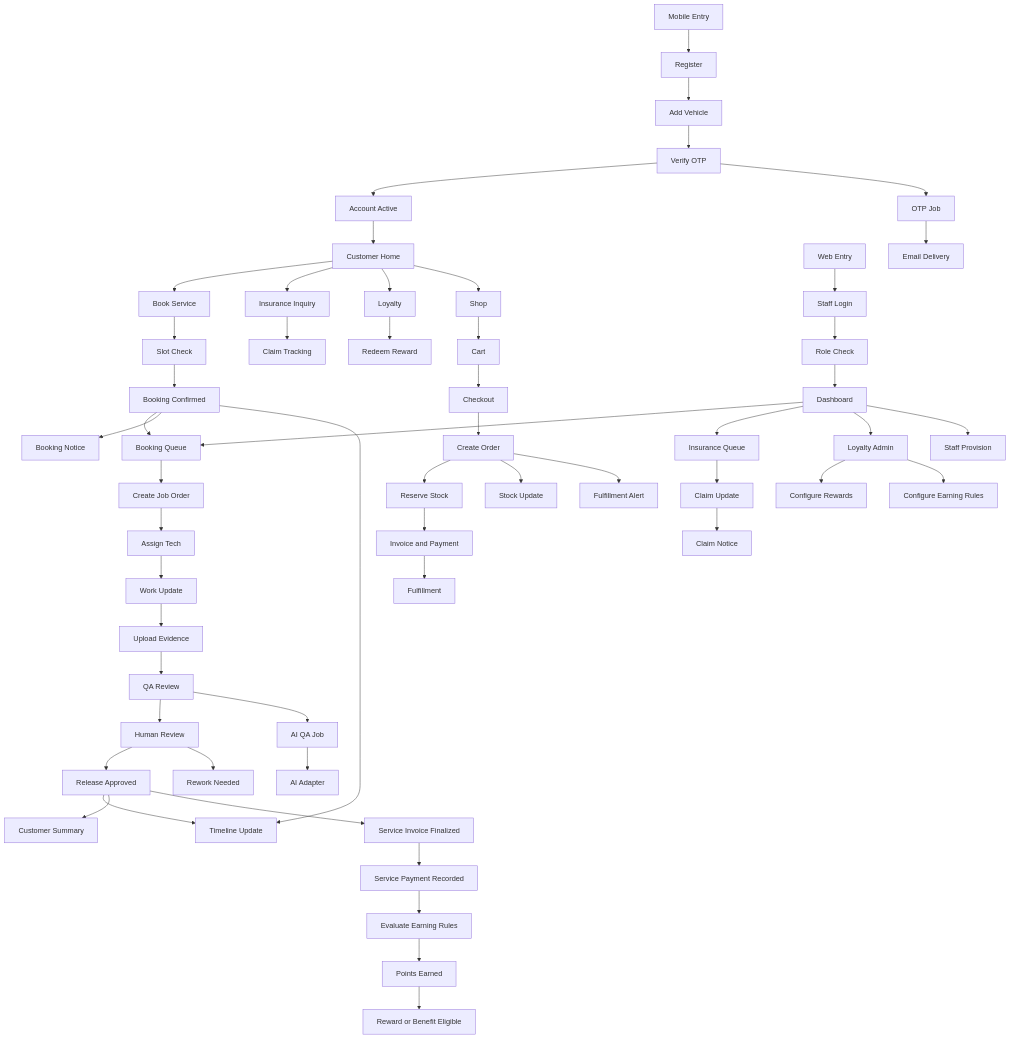
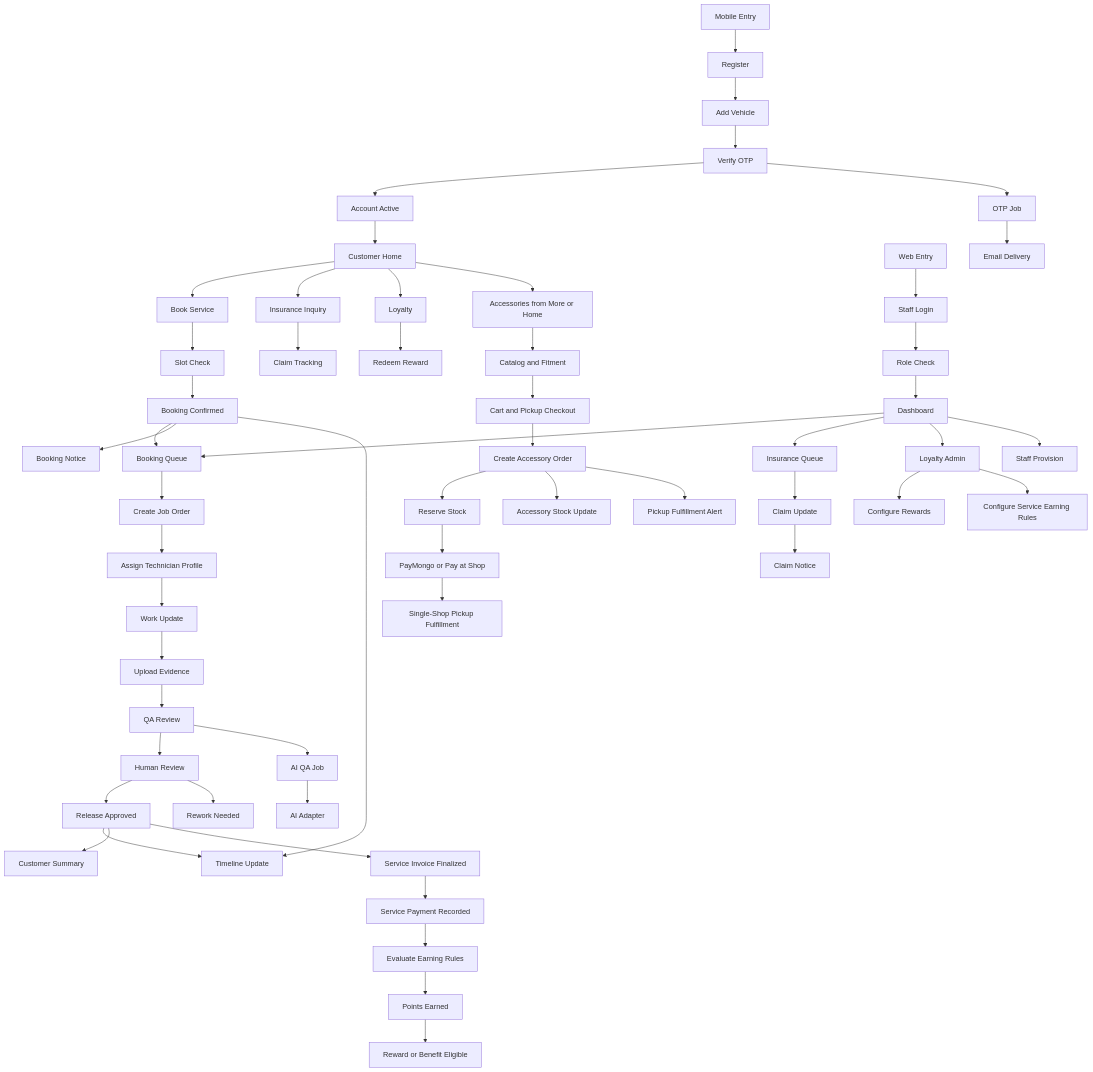
The first of 3 diagrams in docs/team-flow-combined-mermaid.md (Khaggo/codewave), drawn with Mermaid before and after one commit. The commit also changed other lines of this file and 149 other files, not shown here.

````diff
--- a/docs/team-flow-combined-mermaid.md
+++ b/docs/team-flow-combined-mermaid.md
@@ -8,68 +8,68 @@
 ```mermaid
 flowchart TD
   C1[Mobile Entry] --> C2[Register]
   C2 --> C3[Add Vehicle]
   C3 --> C4[Verify OTP]
   C4 --> C5[Account Active]
   C5 --> C6[Customer Home]
 
   C6 --> C7[Book Service]
   C7 --> C8[Slot Check]
   C8 --> C9[Booking Confirmed]
 
   C6 --> C10[Insurance Inquiry]
   C10 --> C11[Claim Tracking]
 
   C6 --> C12[Loyalty]
   C12 --> C13[Redeem Reward]
 
-  C6 --> C14[Shop]
-  C14 --> C15[Cart]
-  C15 --> C16[Checkout]
-  C16 --> E1[Create Order]
+  C6 --> C14[Accessories from More or Home]
+  C14 --> C15[Catalog and Fitment]
+  C15 --> C16[Cart and Pickup Checkout]
+  C16 --> E1[Create Accessory Order]
   E1 --> E2[Reserve Stock]
-  E2 --> E3[Invoice and Payment]
-  E3 --> E4[Fulfillment]
+  E2 --> E3[PayMongo or Pay at Shop]
+  E3 --> E4[Single-Shop Pickup Fulfillment]
 
   S1[Web Entry] --> S2[Staff Login]
   S2 --> S3[Role Check]
   S3 --> S4[Dashboard]
   S4 --> S5[Booking Queue]
   S5 --> S6[Create Job Order]
-  S6 --> S7[Assign Tech]
+  S6 --> S7[Assign Technician Profile]
   S7 --> S8[Work Update]
   S8 --> S9[Upload Evidence]
   S9 --> S10[QA Review]
   S10 --> S11[Human Review]
   S11 --> S12[Release Approved]
   S11 --> S17[Rework Needed]
   S4 --> S13[Insurance Queue]
   S13 --> S14[Claim Update]
   S4 --> S15[Loyalty Admin]
   S15 --> S15A[Configure Rewards]
-  S15 --> S15B[Configure Earning Rules]
+  S15 --> S15B[Configure Service Earning Rules]
   S4 --> S16[Staff Provision]
 
   C9 --> S5
   C9 --> A1[Booking Notice]
   C9 --> A2[Timeline Update]
 
   S12 --> A2
   S12 --> A3[Customer Summary]
   S12 --> A11[Service Invoice Finalized]
   A11 --> A12[Service Payment Recorded]
   A12 --> A13[Evaluate Earning Rules]
   A13 --> A14[Points Earned]
   A14 --> A15[Reward or Benefit Eligible]
 
   S14 --> A4[Claim Notice]
 
-  E1 --> A5[Stock Update]
-  E1 --> A6[Fulfillment Alert]
+  E1 --> A5[Accessory Stock Update]
+  E1 --> A6[Pickup Fulfillment Alert]
 
   C4 --> A7[OTP Job]
   A7 --> A8[Email Delivery]
 
   S10 --> A9[AI QA Job]
   A9 --> A10[AI Adapter]
 ```
````
